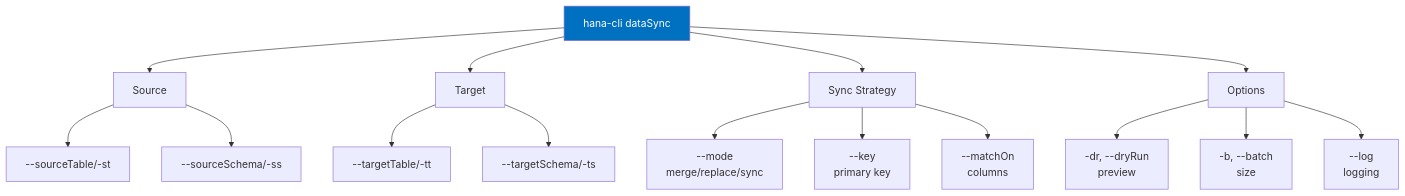
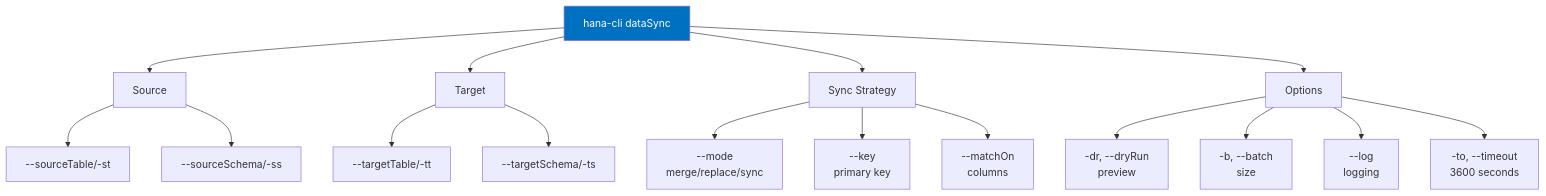
The sixth of 26 diagrams in docs/99-reference/command-reference.md (SAP-samples/hana-developer-cli-tool-example), drawn with Mermaid before and after one commit. The commit also changed other lines of this file and 74 other files, not shown here.

````diff
--- a/docs/99-reference/command-reference.md
+++ b/docs/99-reference/command-reference.md
@@ -234,22 +236,23 @@
 ```mermaid
 graph TD
     A["hana-cli dataSync"] --> B["Source"]
     B --> B1["--sourceTable/-st"]
     B --> B2["--sourceSchema/-ss"]
     
     A --> C["Target"]
     C --> C1["--targetTable/-tt"]
     C --> C2["--targetSchema/-ts"]
     
     A --> D["Sync Strategy"]
     D --> D1["--mode<br/>merge/replace/sync"]
     D --> D2["--key<br/>primary key"]
     D --> D3["--matchOn<br/>columns"]
     
     A --> E["Options"]
     E --> E1["-dr, --dryRun<br/>preview"]
     E --> E2["-b, --batch<br/>size"]
     E --> E3["--log<br/>logging"]
+    E --> E4["-to, --timeout<br/>3600 seconds"]
     
     style A fill:#0070C0,color:#fff
 ```
````
